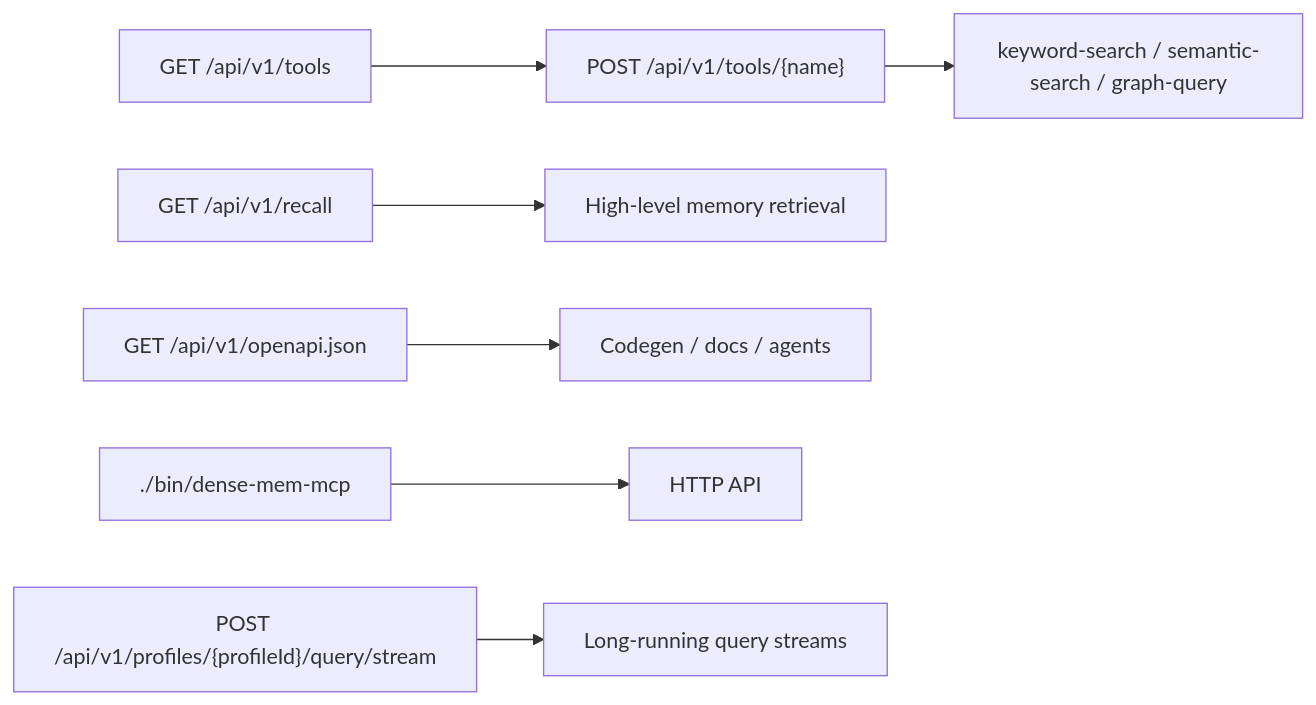
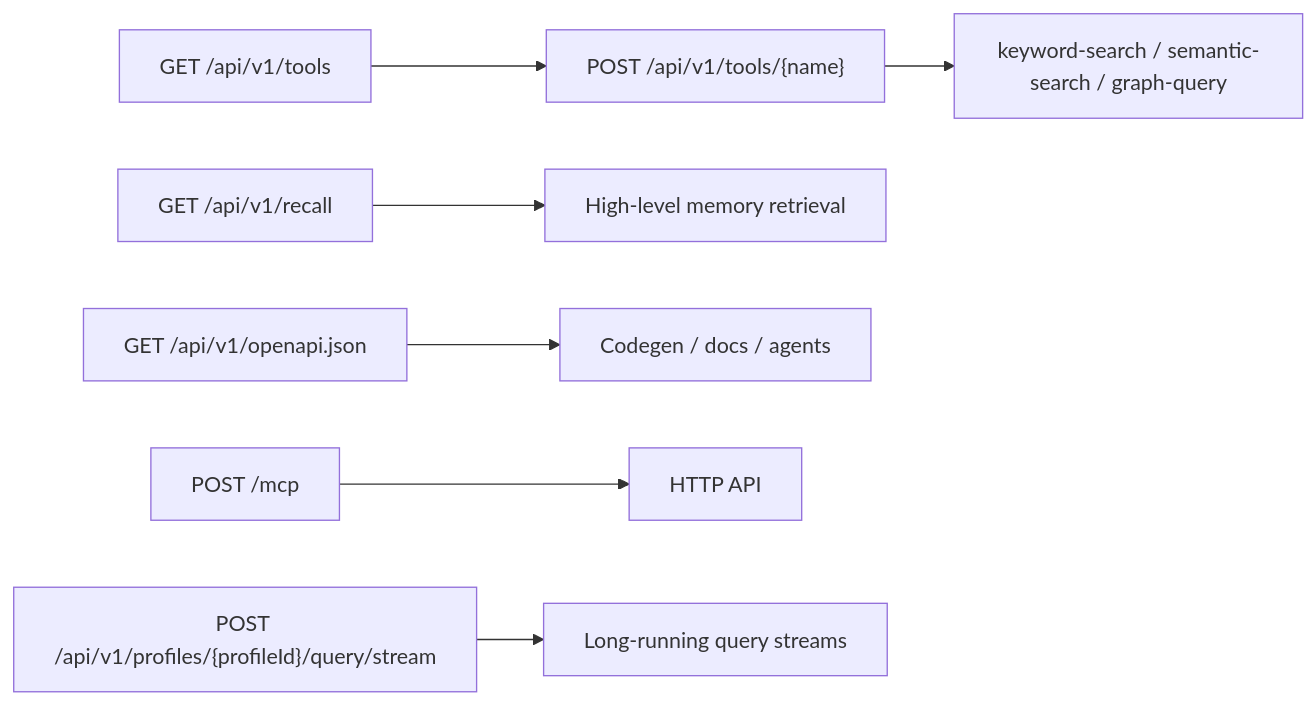
The fifth of 6 diagrams in README.md (Z-M-Huang/dense-mem), drawn with Mermaid before and after one commit. The commit also changed other lines of this file and 28 other files, not shown here.

Commit message:
Serve MCP over HTTP

````diff
--- a/README.md
+++ b/README.md
@@ -147,9 +144,9 @@
 ```mermaid
 flowchart LR
     Catalog["GET /api/v1/tools"] --> Execute["POST /api/v1/tools/{name}"]
     Execute --> Search["keyword-search / semantic-search / graph-query"]
     Recall["GET /api/v1/recall"] --> App["High-level memory retrieval"]
     OpenAPI["GET /api/v1/openapi.json"] --> SDK["Codegen / docs / agents"]
-    MCP["./bin/dense-mem-mcp"] --> HTTP["HTTP API"]
+    MCP["POST /mcp"] --> HTTP["HTTP API"]
     SSE["POST /api/v1/profiles/{profileId}/query/stream"] --> Stream["Long-running query streams"]
 ```
````
